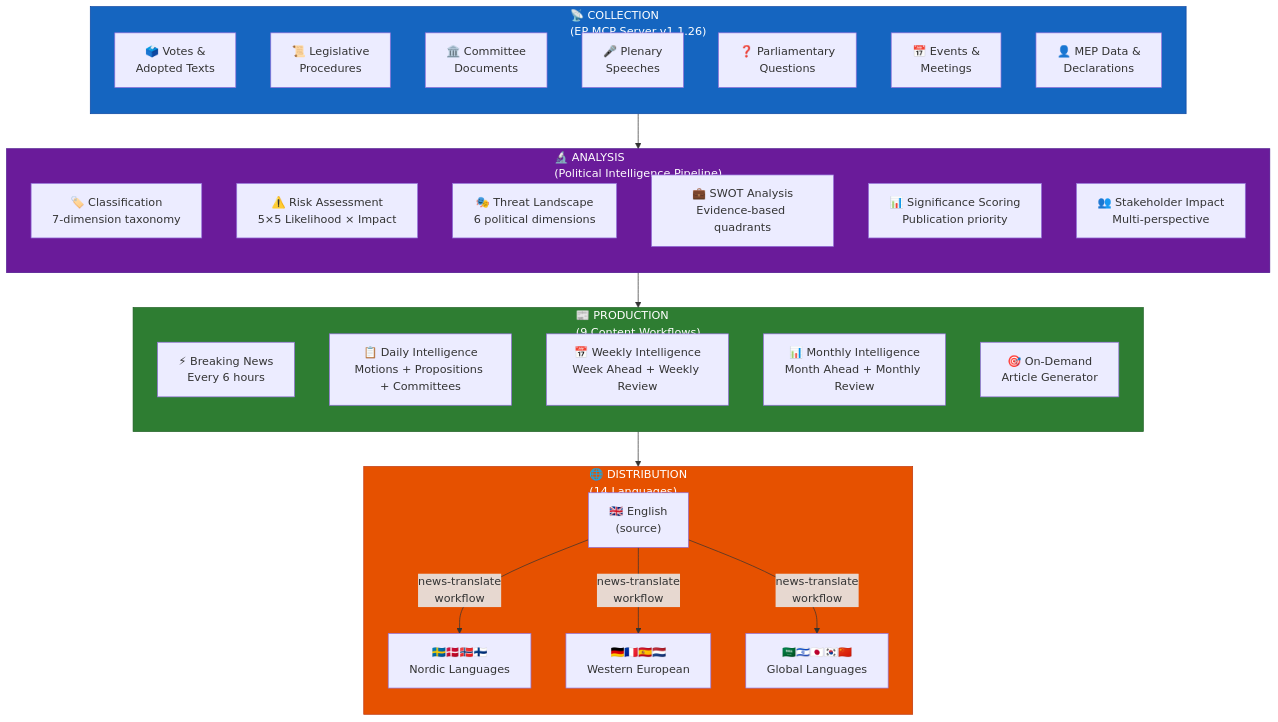
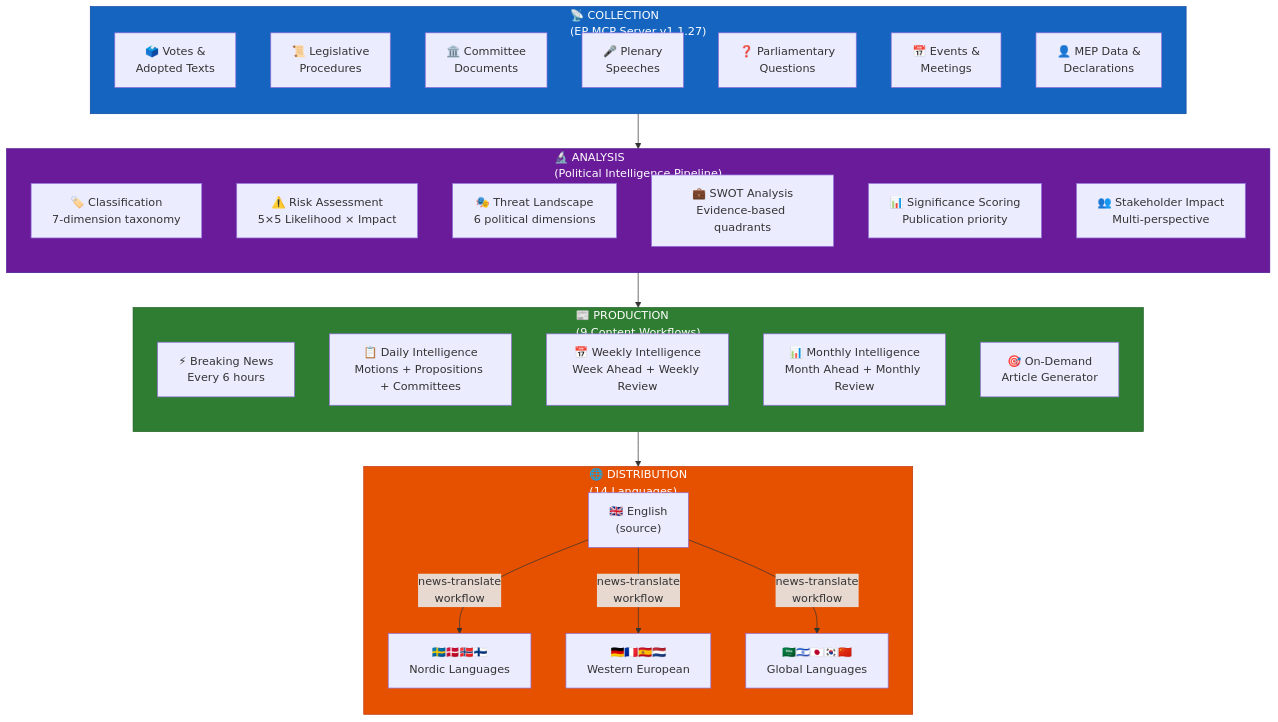
Diagram 18 of 21 in WORKFLOWS.md (Hack23/euparliamentmonitor), drawn with Mermaid before and after one commit. The commit also changed other lines of this file and 27 other files, not shown here.

First line of the commit message:
chore: update european-parliament-mcp-server from 1.1.26 to 1.1.27 across all agentic workflows, MCP config, and documentation

````diff
--- a/WORKFLOWS.md
+++ b/WORKFLOWS.md
@@ -1625,48 +1625,48 @@
 ```mermaid
 flowchart TD
-    subgraph Collection["📡 COLLECTION<br/>(EP MCP Server v1.1.26)"]
+    subgraph Collection["📡 COLLECTION<br/>(EP MCP Server v1.1.27)"]
         direction TB
         C1["🗳️ Votes &<br/>Adopted Texts"]
         C2["📜 Legislative<br/>Procedures"]
         C3["🏛️ Committee<br/>Documents"]
         C4["🎤 Plenary<br/>Speeches"]
         C5["❓ Parliamentary<br/>Questions"]
         C6["📅 Events &<br/>Meetings"]
         C7["👤 MEP Data &<br/>Declarations"]
     end
 
     subgraph Analysis["🔬 ANALYSIS<br/>(Political Intelligence Pipeline)"]
         direction TB
         A1["🏷️ Classification<br/>7-dimension taxonomy"]
         A2["⚠️ Risk Assessment<br/>5×5 Likelihood × Impact"]
         A3["🎭 Threat Landscape<br/>6 political dimensions"]
         A4["💼 SWOT Analysis<br/>Evidence-based quadrants"]
         A5["📊 Significance Scoring<br/>Publication priority"]
         A6["👥 Stakeholder Impact<br/>Multi-perspective"]
     end
 
     subgraph Production["📰 PRODUCTION<br/>(9 Content Workflows)"]
         direction TB
         P1["⚡ Breaking News<br/>Every 6 hours"]
         P2["📋 Daily Intelligence<br/>Motions + Propositions + Committees"]
         P3["📅 Weekly Intelligence<br/>Week Ahead + Weekly Review"]
         P4["📊 Monthly Intelligence<br/>Month Ahead + Monthly Review"]
         P5["🎯 On-Demand<br/>Article Generator"]
     end
 
     subgraph Distribution["🌐 DISTRIBUTION<br/>(14 Languages)"]
         direction TB
         D1["🇬🇧 English<br/>(source)"]
         D2["🇸🇪🇩🇰🇳🇴🇫🇮<br/>Nordic Languages"]
         D3["🇩🇪🇫🇷🇪🇸🇳🇱<br/>Western European"]
         D4["🇸🇦🇮🇱🇯🇵🇰🇷🇨🇳<br/>Global Languages"]
     end
 
     Collection --> Analysis --> Production --> D1
     D1 --> |"news-translate<br/>workflow"| D2 & D3 & D4
 
     style Collection fill:#1565C0,stroke:#0D47A1,color:#FFFFFF
     style Analysis fill:#6A1B9A,stroke:#4A148C,color:#FFFFFF
     style Production fill:#2E7D32,stroke:#1B5E20,color:#FFFFFF
     style Distribution fill:#E65100,stroke:#BF360C,color:#FFFFFF
 ```
````
